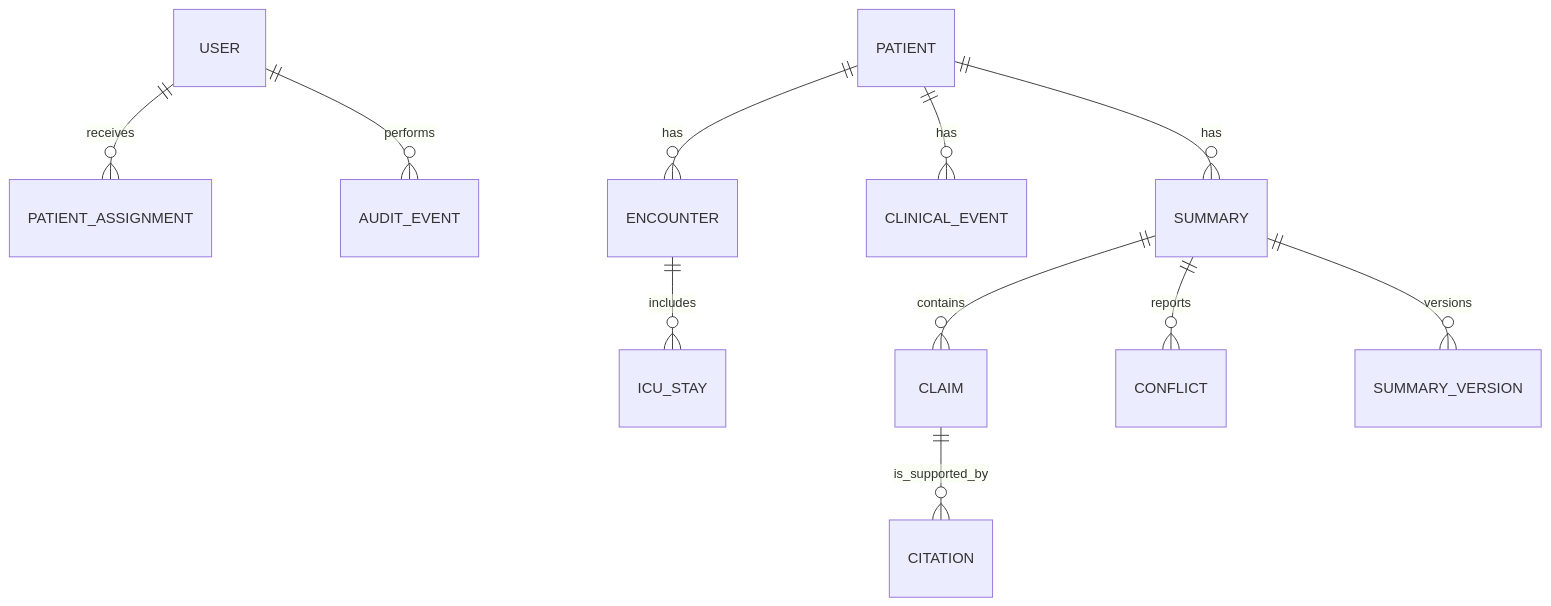
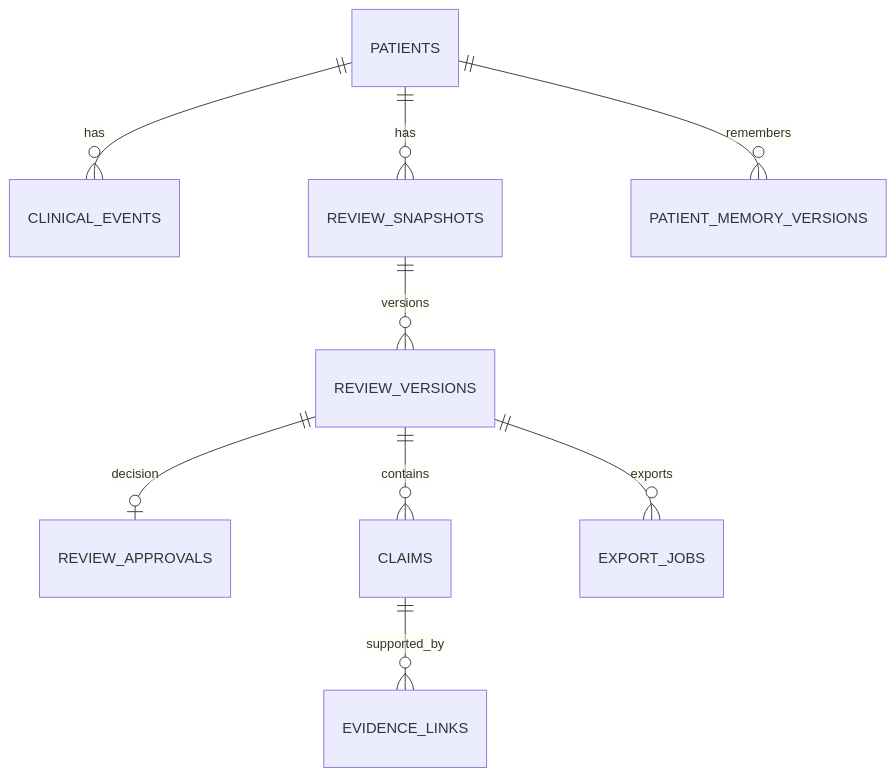
The fourth of 10 diagrams in ARCHITECTURE.md (Duyhoan99/P-194), drawn with Mermaid before and after one commit. The commit also changed other lines of this file and 3 other files, not shown here.

````diff
--- a/ARCHITECTURE.md
+++ b/ARCHITECTURE.md
@@ -123,13 +389,11 @@
 ```mermaid
 erDiagram
-    USER ||--o{ PATIENT_ASSIGNMENT : receives
-    PATIENT ||--o{ ENCOUNTER : has
-    ENCOUNTER ||--o{ ICU_STAY : includes
-    PATIENT ||--o{ CLINICAL_EVENT : has
-    PATIENT ||--o{ SUMMARY : has
-    SUMMARY ||--o{ CLAIM : contains
-    CLAIM ||--o{ CITATION : is_supported_by
-    SUMMARY ||--o{ CONFLICT : reports
-    SUMMARY ||--o{ SUMMARY_VERSION : versions
-    USER ||--o{ AUDIT_EVENT : performs
+    PATIENTS ||--o{ CLINICAL_EVENTS : has
+    PATIENTS ||--o{ REVIEW_SNAPSHOTS : has
+    REVIEW_SNAPSHOTS ||--o{ REVIEW_VERSIONS : versions
+    REVIEW_VERSIONS ||--o| REVIEW_APPROVALS : decision
+    REVIEW_VERSIONS ||--o{ CLAIMS : contains
+    CLAIMS ||--o{ EVIDENCE_LINKS : supported_by
+    PATIENTS ||--o{ PATIENT_MEMORY_VERSIONS : remembers
+    REVIEW_VERSIONS ||--o{ EXPORT_JOBS : exports
 ```
````
